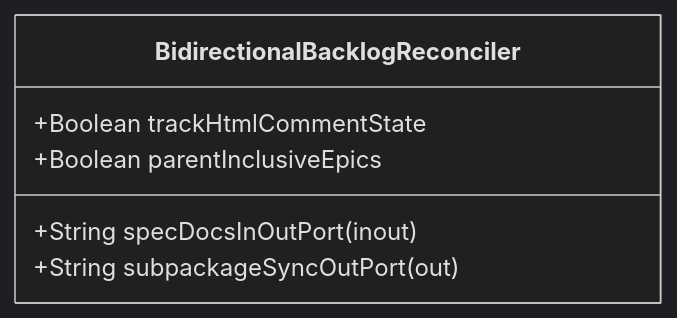
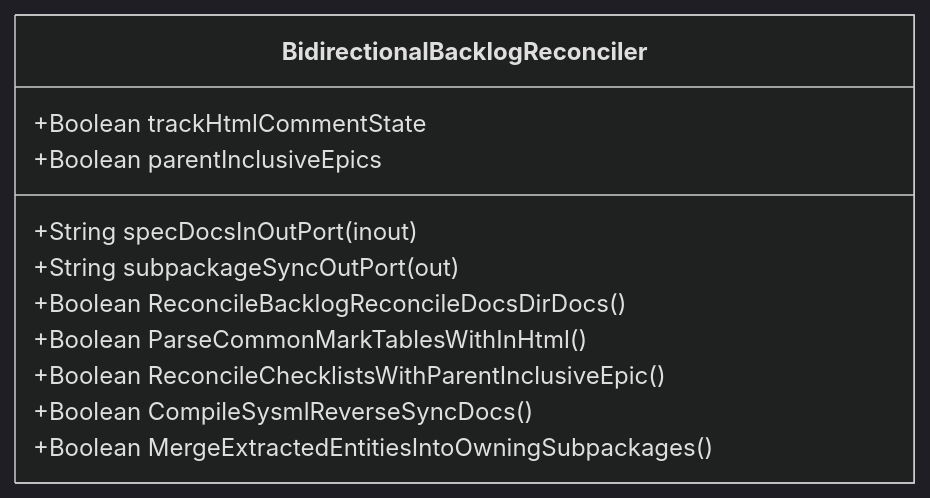
Before and after one commit to gintatkinson/DEAP01-spec-core: the diagram in .pipeline/upstream/docs/features/FEAT-17-BidirectionalBacklogReconciler.md, drawn with Mermaid (dark theme). The commit also changed other lines of this file and 225 other files, not shown here.

````diff
--- a/.pipeline/upstream/docs/features/FEAT-17-BidirectionalBacklogReconciler.md
+++ b/.pipeline/upstream/docs/features/FEAT-17-BidirectionalBacklogReconciler.md
@@ -16,9 +16,14 @@
 ```mermaid
 classDiagram
     class BidirectionalBacklogReconciler {
         +String specDocsInOutPort (inout)
         +String subpackageSyncOutPort (out)
         +Boolean trackHtmlCommentState
         +Boolean parentInclusiveEpics
+        +Boolean ReconcileBacklogReconcileDocsDirDocs()
+        +Boolean ParseCommonMarkTablesWithInHtml()
+        +Boolean ReconcileChecklistsWithParentInclusiveEpic()
+        +Boolean CompileSysmlReverseSyncDocs()
+        +Boolean MergeExtractedEntitiesIntoOwningSubpackages()
     }
 ```
````
